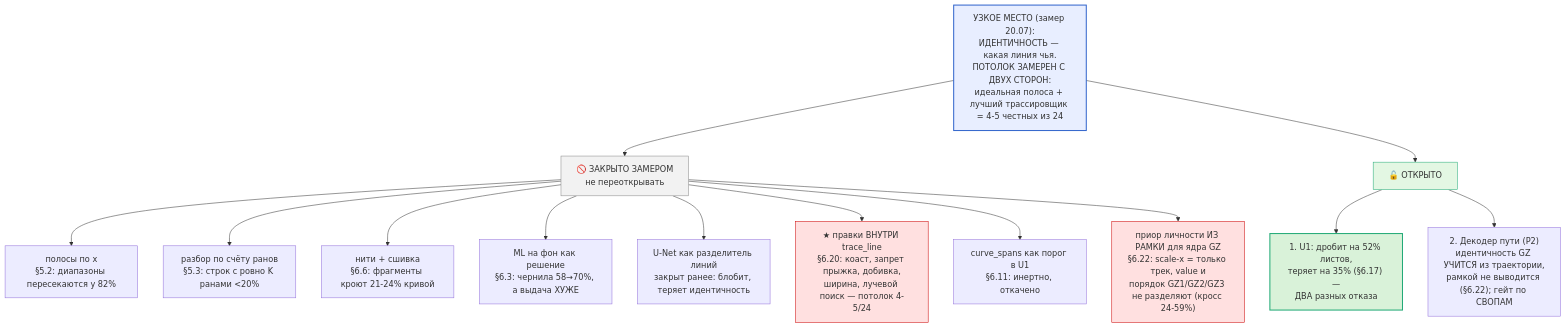
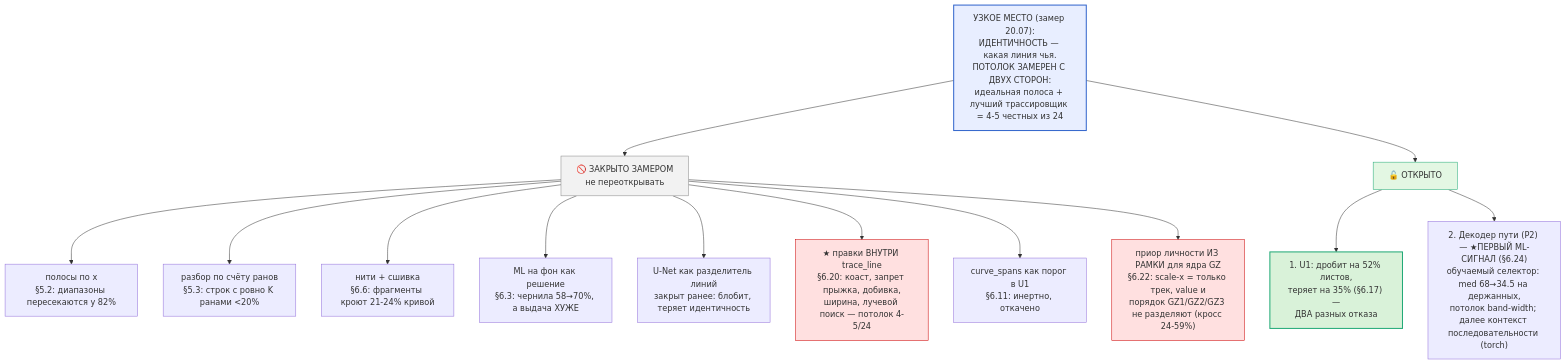
The third of 4 diagrams in ROADMAP_RECOGNITION.md (Defou1t/CarrotageAuto), drawn with Mermaid before and after one commit. The commit also changed other lines of this file, not shown here.

First line of the commit message:
ROADMAP §6.24: P2 первый ML-сигнал (med 68->34.5 на держанных), потолок band-width

````diff
--- a/ROADMAP_RECOGNITION.md
+++ b/ROADMAP_RECOGNITION.md
@@ -53,27 +53,27 @@
 ```mermaid
 flowchart TB
     ROOT["УЗКОЕ МЕСТО (замер 20.07):<br/>ИДЕНТИЧНОСТЬ — какая линия чья.<br/>ПОТОЛОК ЗАМЕРЕН С ДВУХ СТОРОН:<br/>идеальная полоса + лучший трассировщик = 4-5 честных из 24"]
 
     ROOT --> CLOSED["🚫 ЗАКРЫТО ЗАМЕРОМ<br/>не переоткрывать"]
     ROOT --> OPEN["🔓 ОТКРЫТО"]
 
     CLOSED --> C1["полосы по x<br/>§5.2: диапазоны пересекаются у 82%"]
     CLOSED --> C2["разбор по счёту ранов<br/>§5.3: строк с ровно K ранами <20%"]
     CLOSED --> C3["нити + сшивка<br/>§6.6: фрагменты кроют 21-24% кривой"]
     CLOSED --> C4["ML на фон как решение<br/>§6.3: чернила 58→70%, а выдача ХУЖЕ"]
     CLOSED --> C5["U-Net как разделитель линий<br/>закрыт ранее: блобит, теряет идентичность"]
     CLOSED --> C6["★ правки ВНУТРИ trace_line<br/>§6.20: коаст, запрет прыжка, добивка,<br/>ширина, лучевой поиск — потолок 4-5/24"]
     CLOSED --> C7["curve_spans как порог в U1<br/>§6.11: инертно, откачено"]
 
     CLOSED --> C8["приор личности ИЗ РАМКИ для ядра GZ<br/>§6.22: scale-x = только трек, value и<br/>порядок GZ1/GZ2/GZ3 не разделяют (кросс 24-59%)"]
 
     OPEN --> O2["1. U1: дробит на 52% листов,<br/>теряет на 35% (§6.17) —<br/>ДВА разных отказа"]
-    OPEN --> O3["2. Декодер пути (P2)<br/>идентичность GZ УЧИТСЯ из траектории,<br/>рамкой не выводится (§6.22); гейт по СВОПАМ"]
+    OPEN --> O3["2. Декодер пути (P2) — ★ПЕРВЫЙ ML-СИГНАЛ (§6.24)<br/>обучаемый селектор: med 68→34.5 на держанных,<br/>потолок band-width; далее контекст последовательности (torch)"]
 
     style ROOT fill:#e8eeff,stroke:#36c,stroke-width:2px
     style CLOSED fill:#f2f2f2,stroke:#888
     style OPEN fill:#e3f7e3,stroke:#2a7
     style C6 fill:#ffe0e0,stroke:#c00
     style C8 fill:#ffe0e0,stroke:#c00
     style O2 fill:#d9f2d9,stroke:#2a7,stroke-width:2px
 ```
````
